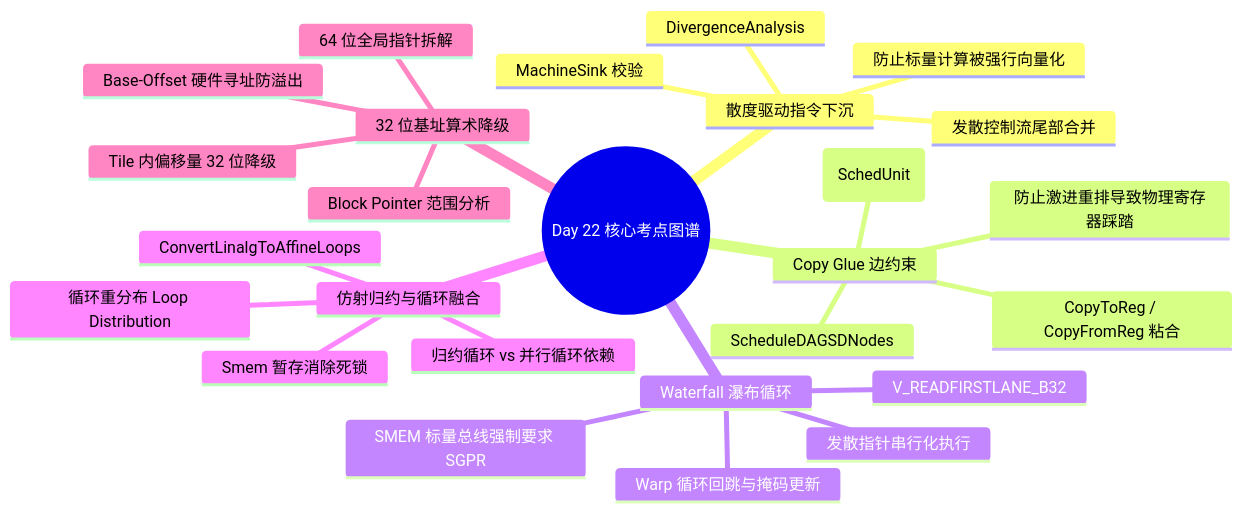
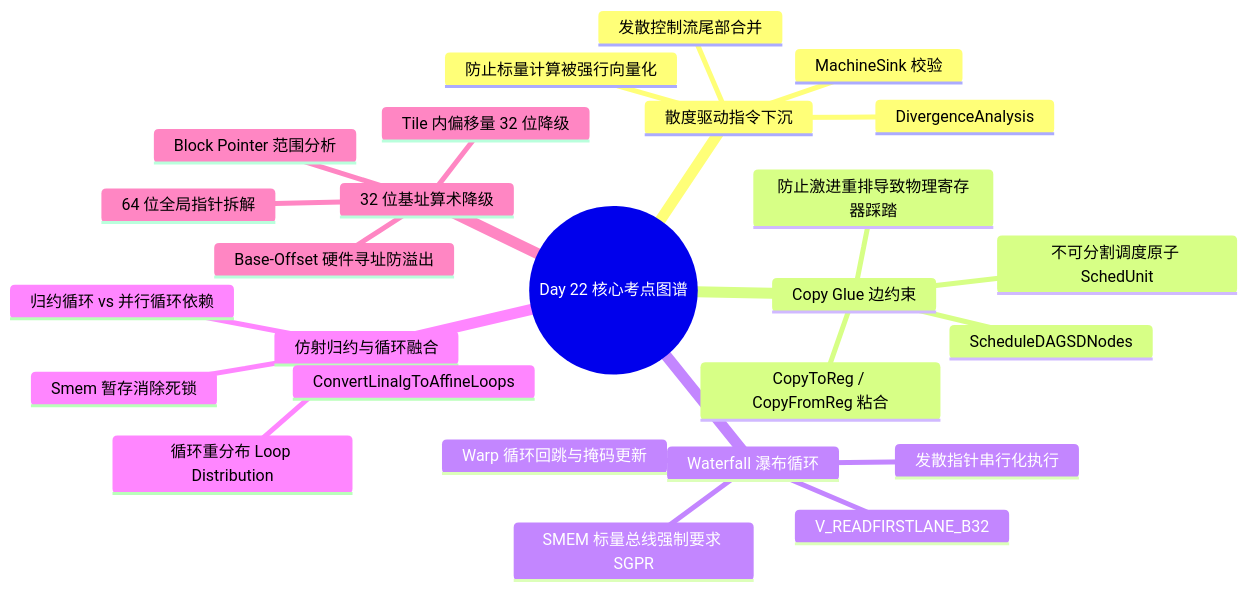
Before and after one commit to zhoujingfighting/zhoujingfighting.github.io: the diagram in source/_posts/2026-11-06-gpgpu-compiler-interview-day-22.md, drawn with Mermaid. The commit also changed 21 other files, not shown here.

````diff
--- a/source/_posts/2026-11-06-gpgpu-compiler-interview-day-22.md
+++ b/source/_posts/2026-11-06-gpgpu-compiler-interview-day-22.md
@@ -45,29 +45,29 @@
 ```mermaid
 mindmap
   root((Day 22 核心考点图谱))
     散度驱动指令下沉
       DivergenceAnalysis
       MachineSink 校验
       发散控制流尾部合并
       防止标量计算被强行向量化
     Copy Glue 边约束
       ScheduleDAGSDNodes
       CopyToReg / CopyFromReg 粘合
-      不可分割调度原子 (SchedUnit)
+      不可分割调度原子 SchedUnit
       防止激进重排导致物理寄存器踩踏
     Waterfall 瀑布循环
       V_READFIRSTLANE_B32
       SMEM 标量总线强制要求 SGPR
       发散指针串行化执行
       Warp 循环回跳与掩码更新
     仿射归约与循环融合
       ConvertLinalgToAffineLoops
       归约循环 vs 并行循环依赖
       循环重分布 Loop Distribution
       Smem 暂存消除死锁
     32 位基址算术降级
       Block Pointer 范围分析
       64 位全局指针拆解
       Tile 内偏移量 32 位降级
       Base-Offset 硬件寻址防溢出
 ```
````
